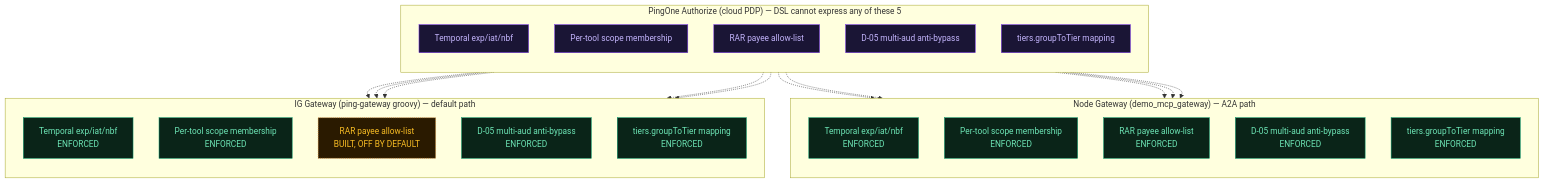
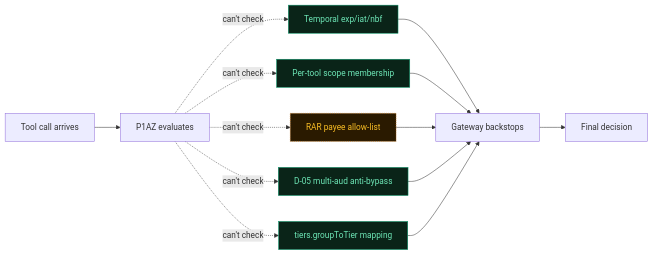
The diagram in docs/gateway-enforcement-map.md (curtismu7/AI-DEMO2), drawn with Mermaid before and after one commit. The commit also changed other lines of this file and 2 other files, not shown here.

Commit message:
feat(diagrams): generate Journey diagram + per-rule stakes data, drop 3-column mermaid
Replaces the 3-column parallel-inventory diagram with a single-flow
Journey (one request, traced through P1AZ's 5 blind spots, reconverging
at the gateway backstop) plus per-rule "what's at stake" scenario data.
Same generator, same single source of truth — just a different shape.

Node consumers still import the removed GATEWAY_ENFORCEMENT_MERMAID at
this commit; fixed in the next two.

````diff
--- a/docs/gateway-enforcement-map.md
+++ b/docs/gateway-enforcement-map.md
@@ -23,44 +21,20 @@
 ```mermaid
-flowchart TB
-  subgraph P1AZ["PingOne Authorize (cloud PDP) — DSL cannot express any of these 5"]
-    direction TB
-    p_temporal["Temporal exp/iat/nbf"]
-    p_scope["Per-tool scope membership"]
-    p_rar["RAR payee allow-list"]
-    p_d05["D-05 multi-aud anti-bypass"]
-    p_tier["tiers.groupToTier mapping"]
-  end
-  subgraph NODE["Node Gateway (demo_mcp_gateway) — A2A path"]
-    direction TB
-    n_temporal["Temporal exp/iat/nbf<br/>ENFORCED"]
-    n_scope["Per-tool scope membership<br/>ENFORCED"]
-    n_rar["RAR payee allow-list<br/>ENFORCED"]
-    n_d05["D-05 multi-aud anti-bypass<br/>ENFORCED"]
-    n_tier["tiers.groupToTier mapping<br/>ENFORCED"]
-  end
-  subgraph GROOVY["IG Gateway (ping-gateway groovy) — default path"]
-    direction TB
-    g_temporal["Temporal exp/iat/nbf<br/>ENFORCED"]
-    g_scope["Per-tool scope membership<br/>ENFORCED"]
-    g_rar["RAR payee allow-list<br/>BUILT, OFF BY DEFAULT"]
-    g_d05["D-05 multi-aud anti-bypass<br/>ENFORCED"]
-    g_tier["tiers.groupToTier mapping<br/>ENFORCED"]
-  end
-  p_temporal -.-> n_temporal
-  p_temporal -.-> g_temporal
-  p_scope -.-> n_scope
-  p_scope -.-> g_scope
-  p_rar -.-> n_rar
-  p_rar -.-> g_rar
-  p_d05 -.-> n_d05
-  p_d05 -.-> g_d05
-  p_tier -.-> n_tier
-  p_tier -.-> g_tier
-  classDef gap fill:#1a1535,color:#c4b5fd,stroke:#7c3aed,stroke-width:1px
+flowchart LR
+  REQ["Tool call arrives"] --> P1AZ["P1AZ evaluates"]
+  P1AZ -.->|can't check| b_temporal["Temporal exp/iat/nbf"]
+  P1AZ -.->|can't check| b_scope["Per-tool scope membership"]
+  P1AZ -.->|can't check| b_rar["RAR payee allow-list"]
+  P1AZ -.->|can't check| b_d05["D-05 multi-aud anti-bypass"]
+  P1AZ -.->|can't check| b_tier["tiers.groupToTier mapping"]
+  b_temporal --> GW["Gateway backstops"]
+  b_scope --> GW["Gateway backstops"]
+  b_rar --> GW["Gateway backstops"]
+  b_d05 --> GW["Gateway backstops"]
+  b_tier --> GW["Gateway backstops"]
+  GW --> DEC["Final decision"]
   classDef done fill:#0a2418,color:#6ee7b7,stroke:#059669,stroke-width:1px
+  classDef flagged fill:#2a1a00,color:#fbbf24,stroke:#d97706,stroke-width:1px,stroke-dasharray:2 2
   classDef pending fill:#2d0a0a,color:#fca5a5,stroke:#dc2626,stroke-width:1px,stroke-dasharray:4 4
-  classDef flagged fill:#2a1a00,color:#fbbf24,stroke:#d97706,stroke-width:1px,stroke-dasharray:2 2
-  class p_temporal,p_scope,p_rar,p_d05,p_tier gap
-  class n_temporal,g_temporal,n_scope,g_scope,n_rar,n_d05,g_d05,n_tier,g_tier done
-  class g_rar flagged
+  class b_temporal,b_scope,b_d05,b_tier done
+  class b_rar flagged
 ```
````
